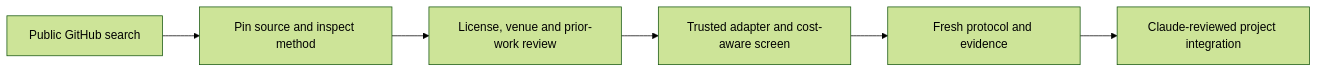
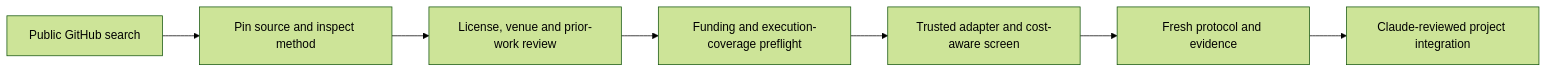
The diagram in handoff/github-strategy-intake.md (wardalexander368-sudo/Continuations), drawn with Mermaid (forest theme) before and after one commit. The commit also changed other lines of this file and 8 other files, not shown here.

Commit message:
Enforce shared source budgets and preflight passive grid funding

````diff
--- a/handoff/github-strategy-intake.md
+++ b/handoff/github-strategy-intake.md
@@ -7,8 +7,9 @@
 ```mermaid
 flowchart LR
   A[Public GitHub search] --> B[Pin source and inspect method]
   B --> C[License, venue and prior-work review]
-  C --> D[Trusted adapter and cost-aware screen]
+  C --> G[Funding and execution-coverage preflight]
+  G --> D[Trusted adapter and cost-aware screen]
   D --> E[Fresh protocol and evidence]
   E --> F[Claude-reviewed project integration]
 ```
````
